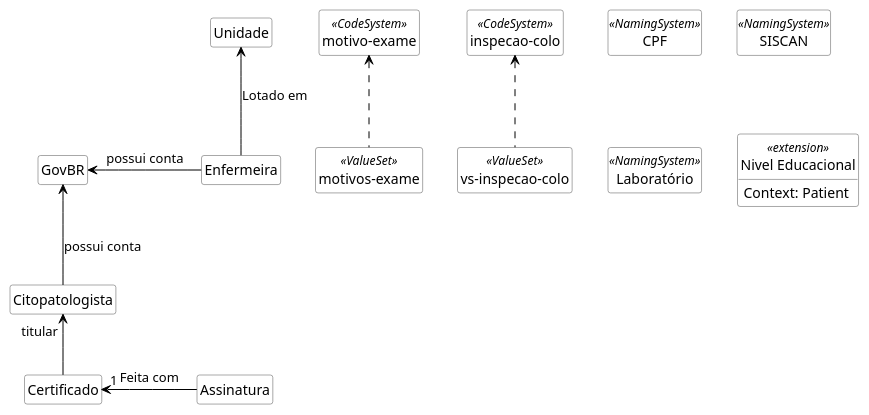
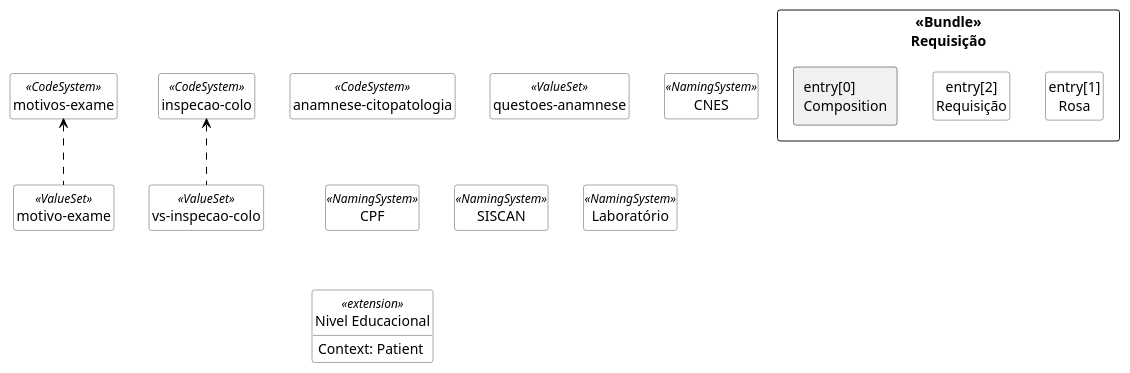
The diagram in input/images-source/fhir.plantuml (kyriosdata/farol), drawn with PlantUML before and after one commit. The commit also changed 5 other files, not shown here.

```diff
--- a/input/images-source/fhir.plantuml
+++ b/input/images-source/fhir.plantuml
@@ -1,37 +1,42 @@
 @startuml fhir
 
 hide circle
 hide methods
 hide empty members
 
 skinparam class {
     BackgroundColor White
     ArrowColor Black
     BorderColor #505050
 }
 
+class "anamnese-citopatologia" as AnamneseCitopatologia <<CodeSystem>> {}
 class "inspecao-colo" as InspecaoColo <<CodeSystem>> {}
-class "motivo-exame" as MotivoExame <<CodeSystem>> {}
+class "motivos-exame" as MotivosExame <<CodeSystem>> {}
 class "vs-inspecao-colo" as VsInspecaoColo <<ValueSet>> {}
-class "motivos-exame" as MotivosExame <<ValueSet>> {}
+class "motivo-exame" as MotivoExame <<ValueSet>> {}
+class "questoes-anamnese" as QuestoesAnamnese <<ValueSet>> {}
 
 VsInspecaoColo .up.> InspecaoColo
-MotivosExame .up.> MotivoExame
+MotivoExame .up.> MotivosExame
 
+class CNES <<NamingSystem>> {}
 class CPF <<NamingSystem>> {}
 class "SISCAN" as SiscanProtocolo <<NamingSystem>> {}
 class "Laboratório" as Laboratorio <<NamingSystem>> {}
 
 class "Nivel Educacional" as NivelEducacional <<extension>> {
     Context: Patient
 }
 
+package "<<Bundle>>\nRequisição" as Bundle <<Rectangle>> {
+    package "entry[0]\nComposition" as Composition <<Rectangle>> {
 
-Enfermeira -up-> Unidade: Lotado em
-Enfermeira -left-> GovBR : possui conta
+    }
 
-Citopatologista "titular" <-down- Certificado
-GovBR <-- Citopatologista: possui conta
-Assinatura -left-> "1" Certificado : Feita com
+    class "entry[1]\nRosa" as paciente {}
+    class "entry[2]\nRequisição" as requisicao {}
+}
+
 
 @enduml
```
